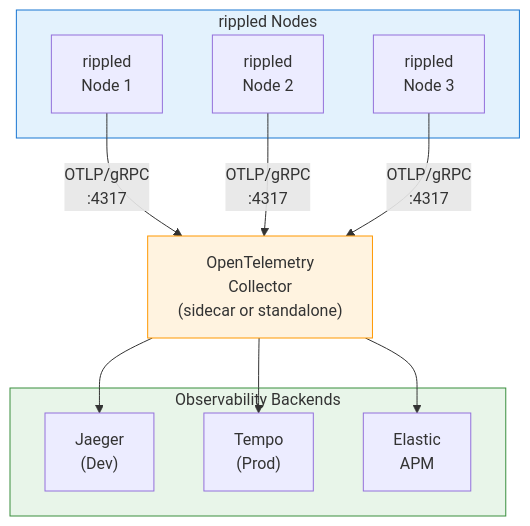
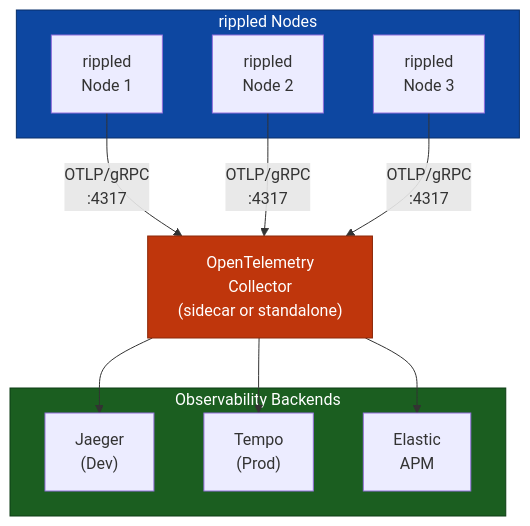
Before and after one commit to XRPL-Node/rippled: the first of 3 diagrams in OpenTelemetryPlan/02-design-decisions.md, drawn with Mermaid. The commit also changed other lines of this file and 8 other files, not shown here.

````diff
--- a/OpenTelemetryPlan/02-design-decisions.md
+++ b/OpenTelemetryPlan/02-design-decisions.md
@@ -35,28 +35,28 @@
 ```mermaid
 flowchart TB
     subgraph nodes["rippled Nodes"]
         node1["rippled<br/>Node 1"]
         node2["rippled<br/>Node 2"]
         node3["rippled<br/>Node 3"]
     end
 
     collector["OpenTelemetry<br/>Collector<br/>(sidecar or standalone)"]
 
     subgraph backends["Observability Backends"]
         jaeger["Jaeger<br/>(Dev)"]
         tempo["Tempo<br/>(Prod)"]
         elastic["Elastic<br/>APM"]
     end
 
     node1 -->|"OTLP/gRPC<br/>:4317"| collector
     node2 -->|"OTLP/gRPC<br/>:4317"| collector
     node3 -->|"OTLP/gRPC<br/>:4317"| collector
 
     collector --> jaeger
     collector --> tempo
     collector --> elastic
 
-    style nodes fill:#e3f2fd,stroke:#1976d2
-    style backends fill:#e8f5e9,stroke:#388e3c
-    style collector fill:#fff3e0,stroke:#ff9800
+    style nodes fill:#0d47a1,stroke:#082f6a,color:#ffffff
+    style backends fill:#1b5e20,stroke:#0d3d14,color:#ffffff
+    style collector fill:#bf360c,stroke:#8c2809,color:#ffffff
 ```
````
